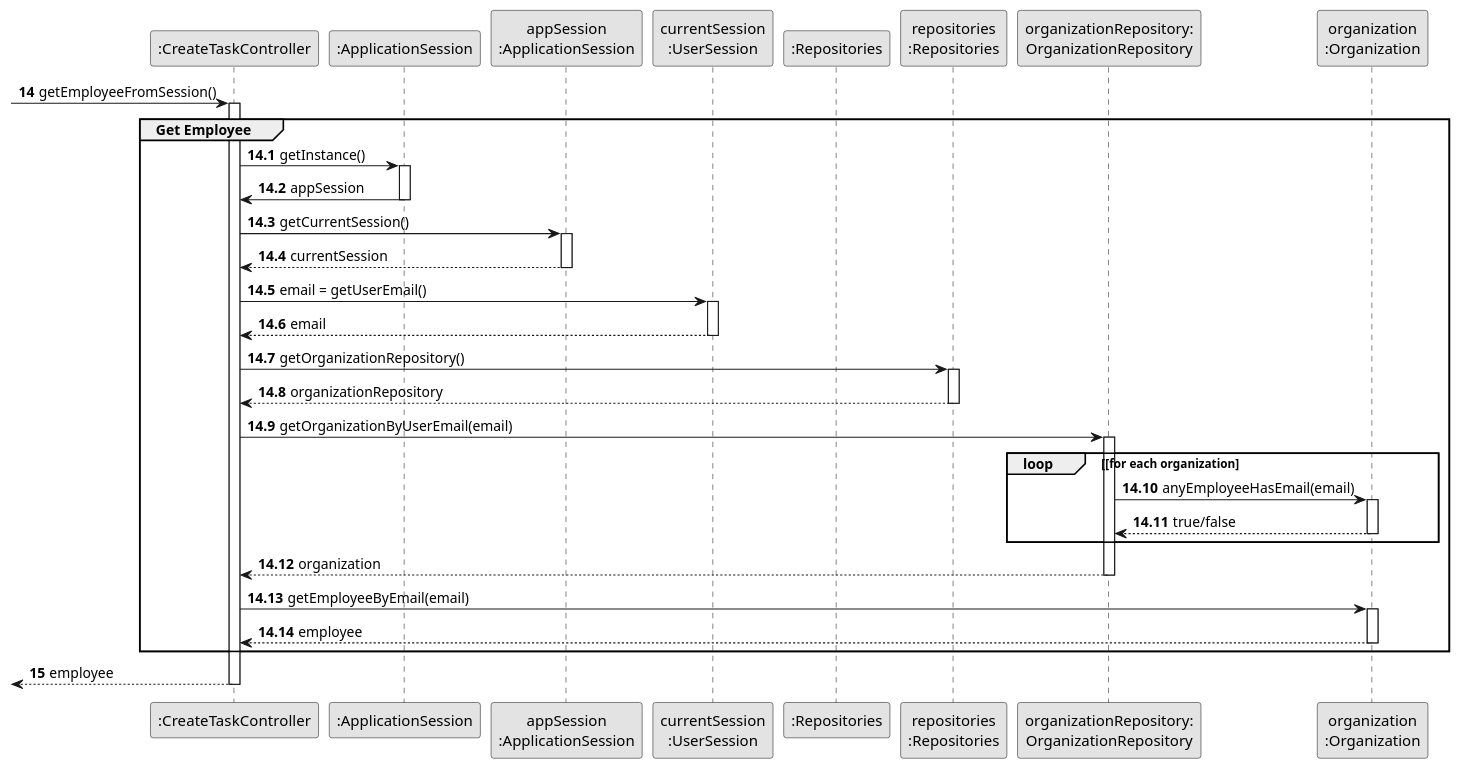
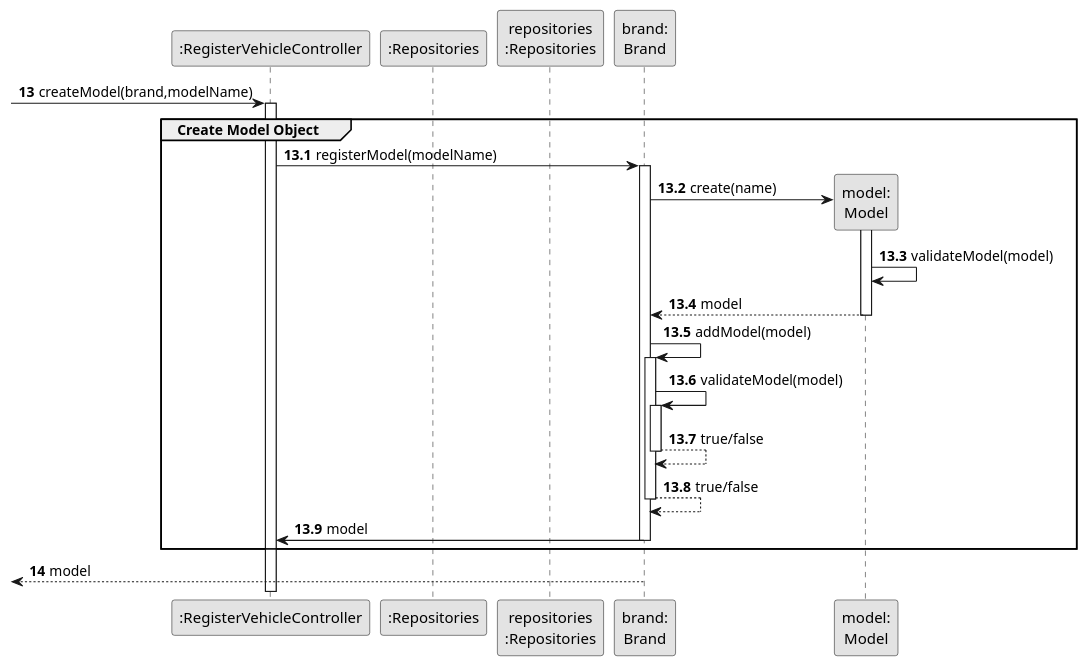
The diagram in docs/sprint2/us06/03.design/puml/us06-sequence-diagram-partial-create-model.puml (Departamento-de-Engenharia-Informatica/lei-24-s2-1db-g022), drawn with PlantUML before and after one commit. The commit also changed 25 other files, not shown here.

```diff
--- a/docs/sprint2/us06/03.design/puml/us06-sequence-diagram-partial-create-model.puml
+++ b/docs/sprint2/us06/03.design/puml/us06-sequence-diagram-partial-create-model.puml
@@ -1,72 +1,52 @@
 @startuml
 skinparam monochrome true
 skinparam packageStyle rectangle
 skinparam shadowing false
 
+participant ":RegisterVehicleController" as CTRL
+participant ":Repositories" as RepositorySingleton
+participant "repositories\n:Repositories" as PLAT
+participant "brand:\nBrand" as Brand
+participant "model:\nModel" as Model
+
+autonumber 13
+-> CTRL: createModel(brand,modelName)
+
+autonumber 13.1
+activate CTRL
+    group Create Model Object
+
+        CTRL -> Brand : registerModel(modelName)
+
+        activate Brand
+
+            Brand -> Model**: create(name)
+
+            activate Model
+
+                Model -> Model: validateModel(model)
+                Model --> Brand : model
+
+            deactivate Model
+
+        Brand -> Brand: addModel(model)
+
+        activate Brand
+            Brand -> Brand: validateModel(model)
+            activate Brand
+                Brand --> Brand : true/false
+            deactivate Brand
+
+            Brand --> Brand : true/false
+        deactivate Brand
+
+            Brand -> CTRL : model
+        deactivate Brand
+    end
+
+    autonumber 14
+    <-- Brand : model
+deactivate Brand
 
 
-'hide footbox
-participant ":CreateTaskController" as CTRL
-participant ":ApplicationSession" as _APP
-participant "appSession\n:ApplicationSession" as APP
-participant "currentSession\n:UserSession" as SESSAO
-participant ":Repositories" as RepositorySingleton
-participant "repositories\n:Repositories" as PLAT
-participant "organizationRepository:\nOrganizationRepository" as OrganizationRepository
-participant "organization\n:Organization" as ORG
-
-autonumber 14
--> CTRL : getEmployeeFromSession()
-autonumber 14.1
-activate CTRL
-
-    group Get Employee
-        CTRL -> _APP: getInstance()
-        activate _APP
-            _APP -> CTRL: appSession
-        deactivate _APP
-
-        CTRL -> APP: getCurrentSession()
-        activate APP
-
-            APP --> CTRL: currentSession
-        deactivate APP
-
-        CTRL -> SESSAO: email = getUserEmail()
-        activate SESSAO
-
-            SESSAO --> CTRL: email
-        deactivate SESSAO
-
-        CTRL -> PLAT: getOrganizationRepository()
-        activate PLAT
-
-            PLAT --> CTRL: organizationRepository
-        deactivate PLAT
-
-        CTRL -> OrganizationRepository: getOrganizationByUserEmail(email)
-        activate OrganizationRepository
-
-            loop [for each organization
-                OrganizationRepository -> ORG : anyEmployeeHasEmail(email)
-                activate ORG
-
-                     ORG --> OrganizationRepository : true/false
-                deactivate ORG
-            end
-
-            OrganizationRepository --> CTRL : organization
-
-        deactivate OrganizationRepository
-
-        CTRL -> ORG: getEmployeeByEmail(email)
-        activate ORG
-
-            ORG --> CTRL : employee
-        deactivate ORG
-    end
-    autonumber 15
-    <-- CTRL : employee
-deactivate CTRL
-
 @enduml
```
